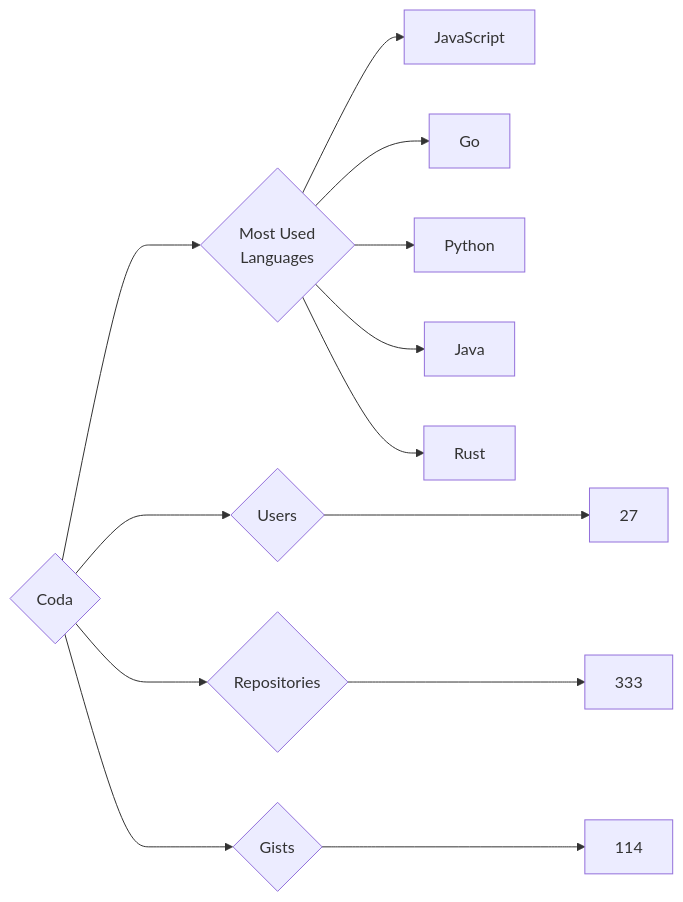
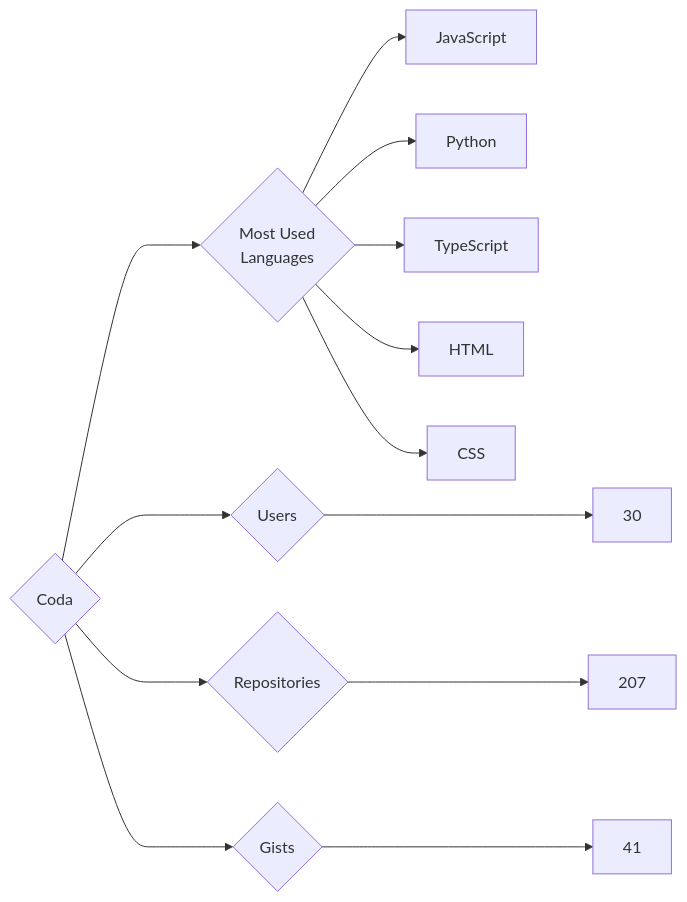
The diagram in targets/Coda/README.md (trickest/insiders), drawn with Mermaid before and after one commit. The commit also changed 682 other files, not shown here.

````diff
--- a/targets/Coda/README.md
+++ b/targets/Coda/README.md
@@ -3,13 +3,13 @@
 ```mermaid
 graph LR
 COMPANY_NAME{Coda}
-COMPANY_NAME ---> U{Users} ---> UN[27]
-COMPANY_NAME ---> R{Repositories} ---> RN[333]
-COMPANY_NAME ---> G{Gists} ---> GN[114]
+COMPANY_NAME ---> U{Users} ---> UN[30]
+COMPANY_NAME ---> R{Repositories} ---> RN[207]
+COMPANY_NAME ---> G{Gists} ---> GN[41]
 COMPANY_NAME ---> ML{Most Used<br>Languages}
 ML --> JavaScript[JavaScript]
-ML --> Go[Go]
 ML --> Python[Python]
-ML --> Java[Java]
-ML --> Rust[Rust]
+ML --> TypeScript[TypeScript]
+ML --> HTML[HTML]
+ML --> CSS[CSS]
 ```
````
